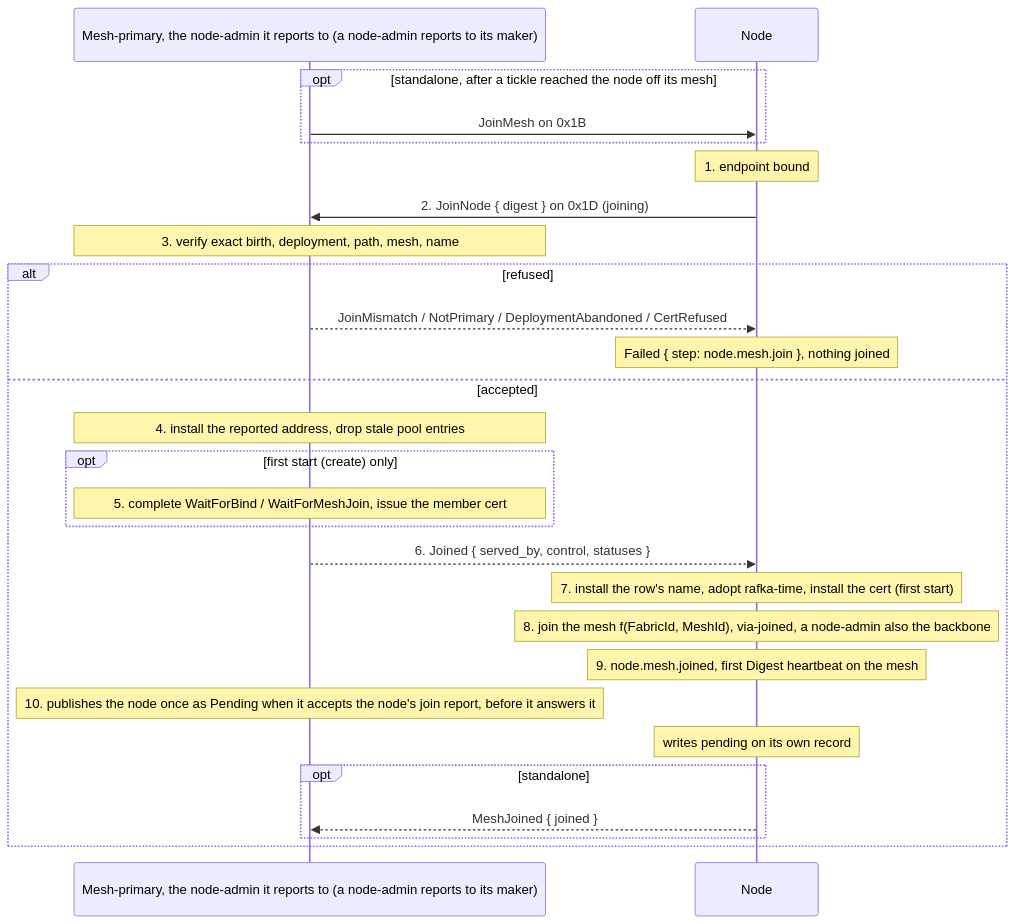
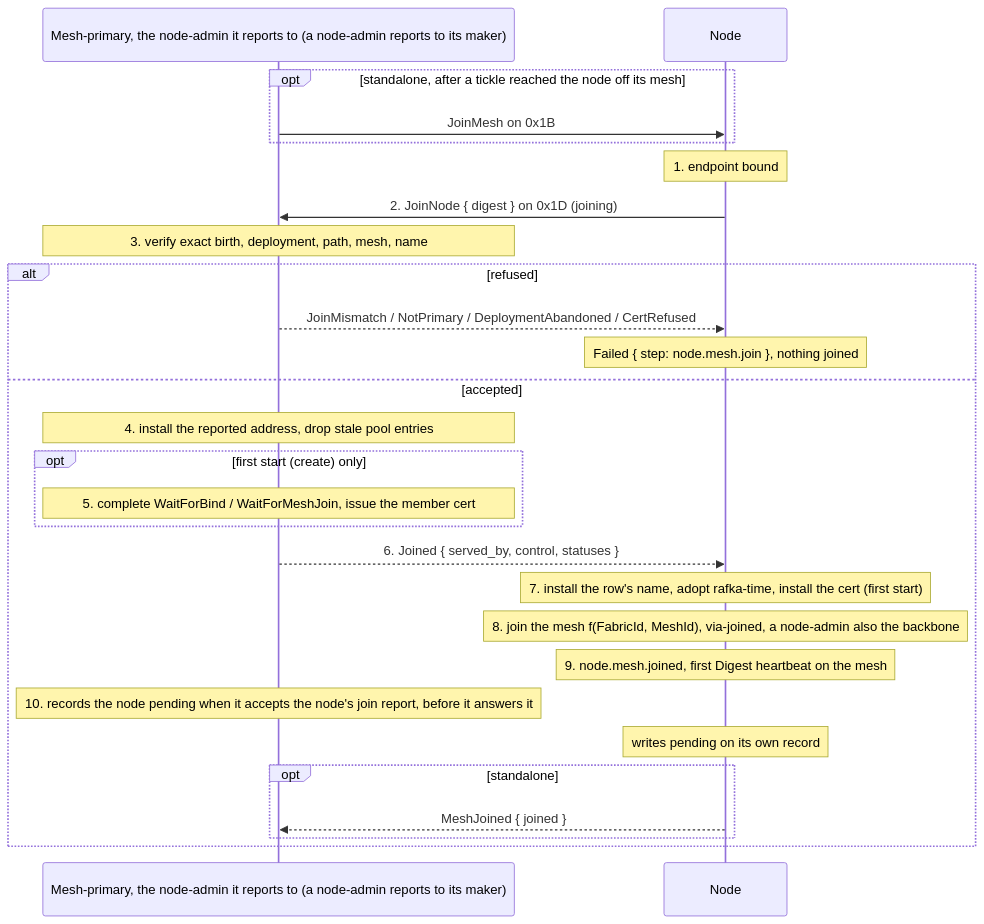
The diagram in docs/architecture/lifecycles/node-mesh-join.md (drlukeangel/rust-distributed-mesh), drawn with Mermaid before and after one commit. The commit also changed other lines of this file and 103 other files, not shown here.

````diff
--- a/docs/architecture/lifecycles/node-mesh-join.md
+++ b/docs/architecture/lifecycles/node-mesh-join.md
@@ -228,29 +228,29 @@
 ```mermaid
 sequenceDiagram
     participant M as Mesh-primary, the node-admin it reports to (a node-admin reports to its maker)
     participant N as Node
     opt standalone, after a tickle reached the node off its mesh
         M->>N: JoinMesh on 0x1B
     end
     Note over N: 1. endpoint bound
     N->>M: 2. JoinNode { digest } on 0x1D (joining)
     Note over M: 3. verify exact birth, deployment, path, mesh, name
     alt refused
         M-->>N: JoinMismatch / NotPrimary / DeploymentAbandoned / CertRefused
         Note over N: Failed { step: node.mesh.join }, nothing joined
     else accepted
         Note over M: 4. install the reported address, drop stale pool entries
         opt first start (create) only
             Note over M: 5. complete WaitForBind / WaitForMeshJoin, issue the member cert
         end
         M-->>N: 6. Joined { served_by, control, statuses }
         Note over N: 7. install the row's name, adopt rafka-time, install the cert (first start)
         Note over N: 8. join the mesh f(FabricId, MeshId), via-joined, a node-admin also the backbone
         Note over N: 9. node.mesh.joined, first Digest heartbeat on the mesh
-        Note over M: 10. publishes the node once as Pending when it accepts the node's join report, before it answers it
+        Note over M: 10. records the node pending when it accepts the node's join report, before it answers it
         Note over N: writes pending on its own record
         opt standalone
             N-->>M: MeshJoined { joined }
         end
     end
 ```
````
